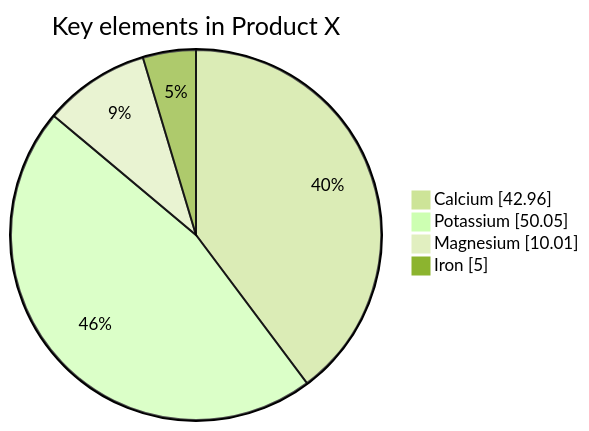
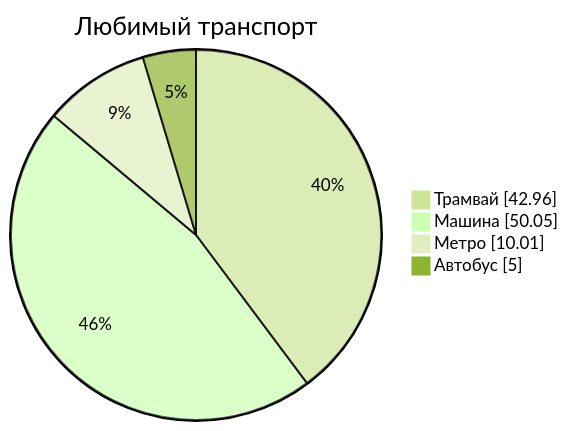
Before and after one commit to Barbara-S5/ya_project: the diagram in README.md, drawn with Mermaid (forest theme).

Commit message:
пирог3

````diff
--- a/README.md
+++ b/README.md
@@ -5,9 +5,9 @@
 ```mermaid
 pie showData
-    title Key elements in Product X
-    "Calcium" : 42.96
-    "Potassium" : 50.05
-    "Magnesium" : 10.01
-    "Iron" :  5
+    title Любимый транспорт
+    "Трамвай" : 42.96
+    "Машина" : 50.05
+    "Метро" : 10.01
+    "Автобус" :  5
 
 ```
````
